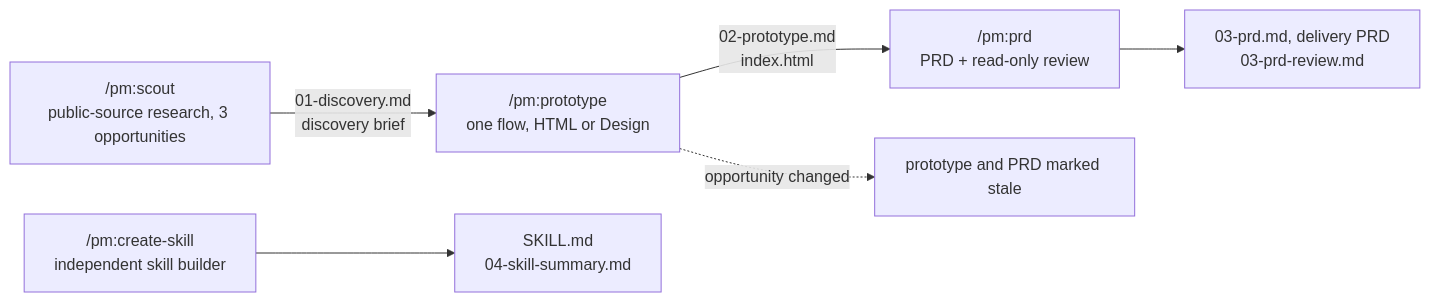
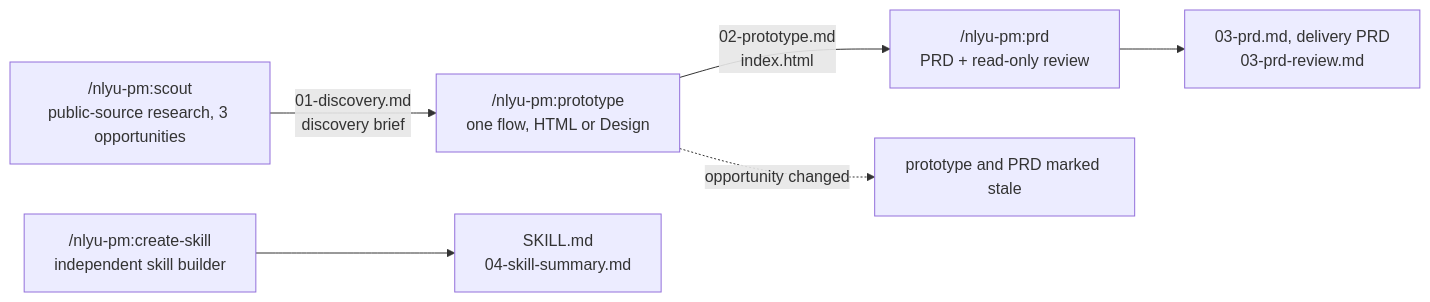
The diagram in README.md (niancilyu-2/nlyu-pm), drawn with Mermaid before and after one commit. The commit also changed other lines of this file and 48 other files, not shown here.

````diff
--- a/README.md
+++ b/README.md
@@ -98,8 +102,8 @@
 ```mermaid
 flowchart LR
-  S["/pm:scout<br/>public-source research, 3 opportunities"] -->|"01-discovery.md<br/>discovery brief"| P["/pm:prototype<br/>one flow, HTML or Design"]
-  P -->|"02-prototype.md<br/>index.html"| R["/pm:prd<br/>PRD + read-only review"]
+  S["/nlyu-pm:scout<br/>public-source research, 3 opportunities"] -->|"01-discovery.md<br/>discovery brief"| P["/nlyu-pm:prototype<br/>one flow, HTML or Design"]
+  P -->|"02-prototype.md<br/>index.html"| R["/nlyu-pm:prd<br/>PRD + read-only review"]
   R --> H["03-prd.md, delivery PRD<br/>03-prd-review.md"]
   P -. "opportunity changed" .-> stale["prototype and PRD marked stale"]
-  C["/pm:create-skill<br/>independent skill builder"] --> K["SKILL.md<br/>04-skill-summary.md"]
+  C["/nlyu-pm:create-skill<br/>independent skill builder"] --> K["SKILL.md<br/>04-skill-summary.md"]
 ```
````
